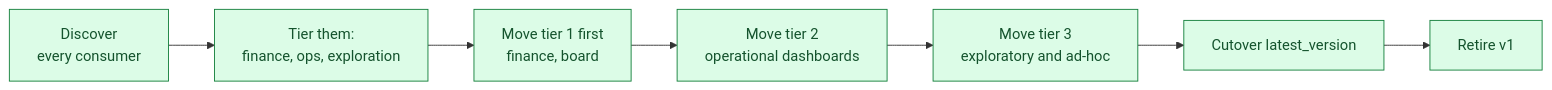
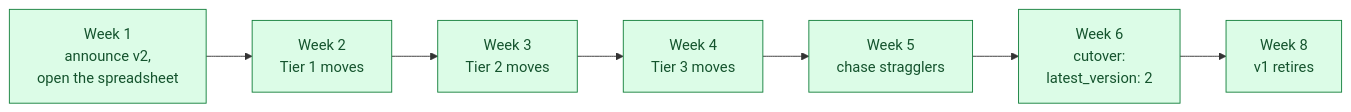
One commit to shiningflash/data-engineering-practice-problems changed the third of 3 diagrams in problems/094-versioning-a-breaking-grain-change/solution.md. Above: the diagram before and after it, drawn with Mermaid. The commit also changed other lines of this file and 3 other files, not shown here.

````diff
--- a/problems/094-versioning-a-breaking-grain-change/solution.md
+++ b/problems/094-versioning-a-breaking-grain-change/solution.md
@@ -97,11 +129,14 @@
 ```mermaid
 flowchart LR
-    A[Discover<br/>every consumer]:::p1 --> B[Tier them:<br/>finance, ops, exploration]:::p1
-    B --> C[Move tier 1 first<br/>finance, board]:::p1
-    C --> D[Move tier 2<br/>operational dashboards]:::p1
-    D --> E[Move tier 3<br/>exploratory and ad-hoc]:::p1
-    E --> F[Cutover latest_version]:::p1
-    F --> G[Retire v1]:::p1
+    W1[Week 1<br/>announce v2,<br/>open the spreadsheet]:::w
+    W2[Week 2<br/>Tier 1 moves]:::w
+    W3[Week 3<br/>Tier 2 moves]:::w
+    W4[Week 4<br/>Tier 3 moves]:::w
+    W5[Week 5<br/>chase stragglers]:::w
+    W6[Week 6<br/>cutover:<br/>latest_version: 2]:::w
+    W8[Week 8<br/>v1 retires]:::w
 
-    classDef p1 fill:#dcfce7,stroke:#15803d,color:#14532d
+    W1 --> W2 --> W3 --> W4 --> W5 --> W6 --> W8
+
+    classDef w fill:#dcfce7,stroke:#15803d,color:#14532d
 ```
````
